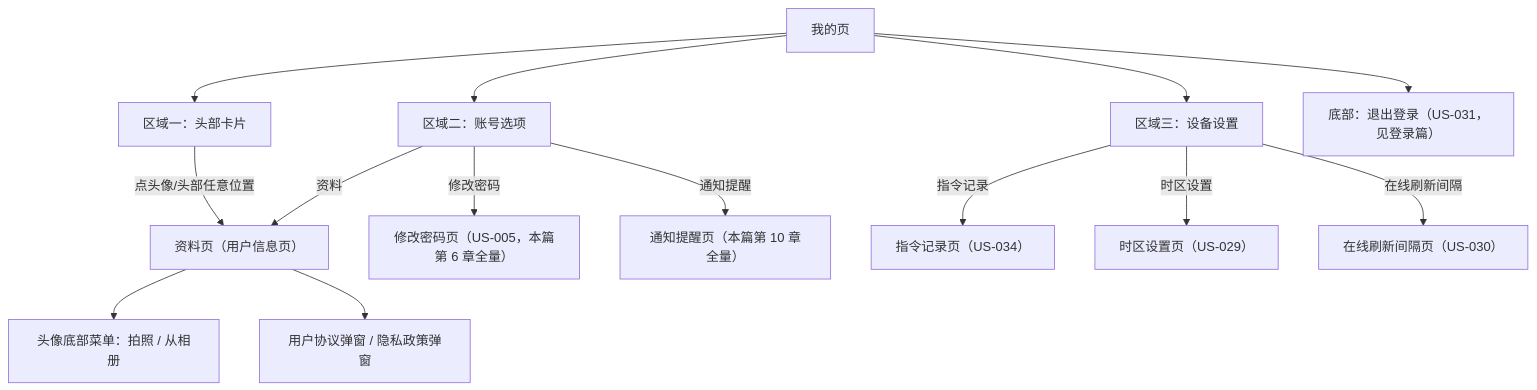
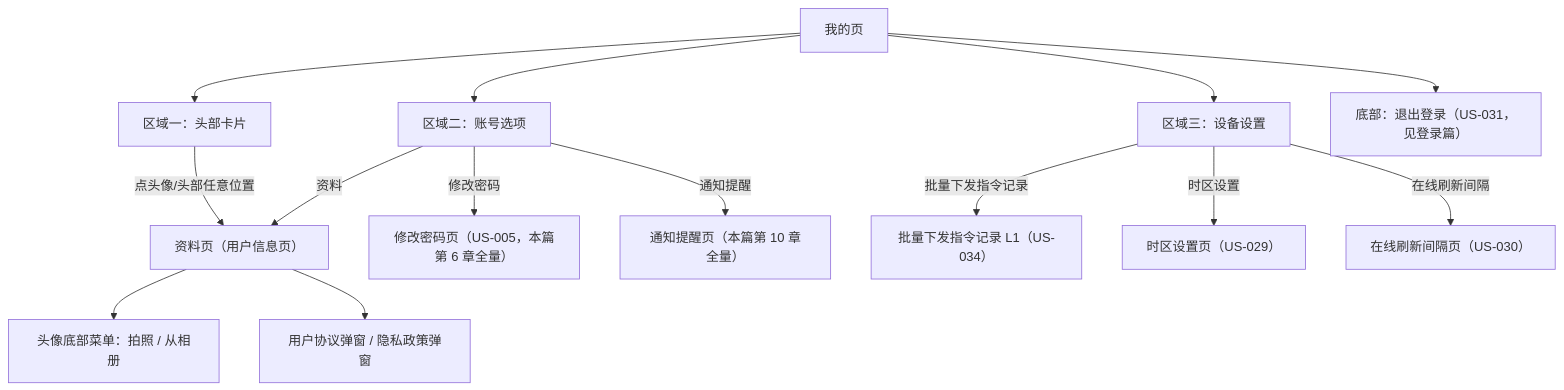
The second of 9 diagrams in docs/manuals/革泰/逻辑大纲/革泰 APP 我的模块逻辑点梳理 plan.md (CuMgNa/skills), drawn with Mermaid before and after one commit. The commit also changed other lines of this file and 21 other files, not shown here.

````diff
--- a/docs/manuals/革泰/逻辑大纲/革泰 APP 我的模块逻辑点梳理 plan.md
+++ b/docs/manuals/革泰/逻辑大纲/革泰 APP 我的模块逻辑点梳理 plan.md
@@ -49,16 +49,16 @@
 ```mermaid
 flowchart TD
     M["我的页"] --> H["区域一：头部卡片"]
     H -->|"点头像/头部任意位置"| P["资料页（用户信息页）"]
     M --> A2["区域二：账号选项"]
     A2 -->|"资料"| P
     A2 -->|"修改密码"| CP["修改密码页（US-005，本篇第 6 章全量）"]
     A2 -->|"通知提醒"| N["通知提醒页（本篇第 10 章全量）"]
     M --> D["区域三：设备设置"]
-    D -->|"指令记录"| CH["指令记录页（US-034）"]
+    D -->|"批量下发指令记录"| CH["批量下发指令记录 L1（US-034）"]
     D -->|"时区设置"| TZ["时区设置页（US-029）"]
     D -->|"在线刷新间隔"| OR["在线刷新间隔页（US-030）"]
     M --> LO["底部：退出登录（US-031，见登录篇）"]
     P --> AG["头像底部菜单：拍照 / 从相册"]
     P --> PP["用户协议弹窗 / 隐私政策弹窗"]
 ```
````
